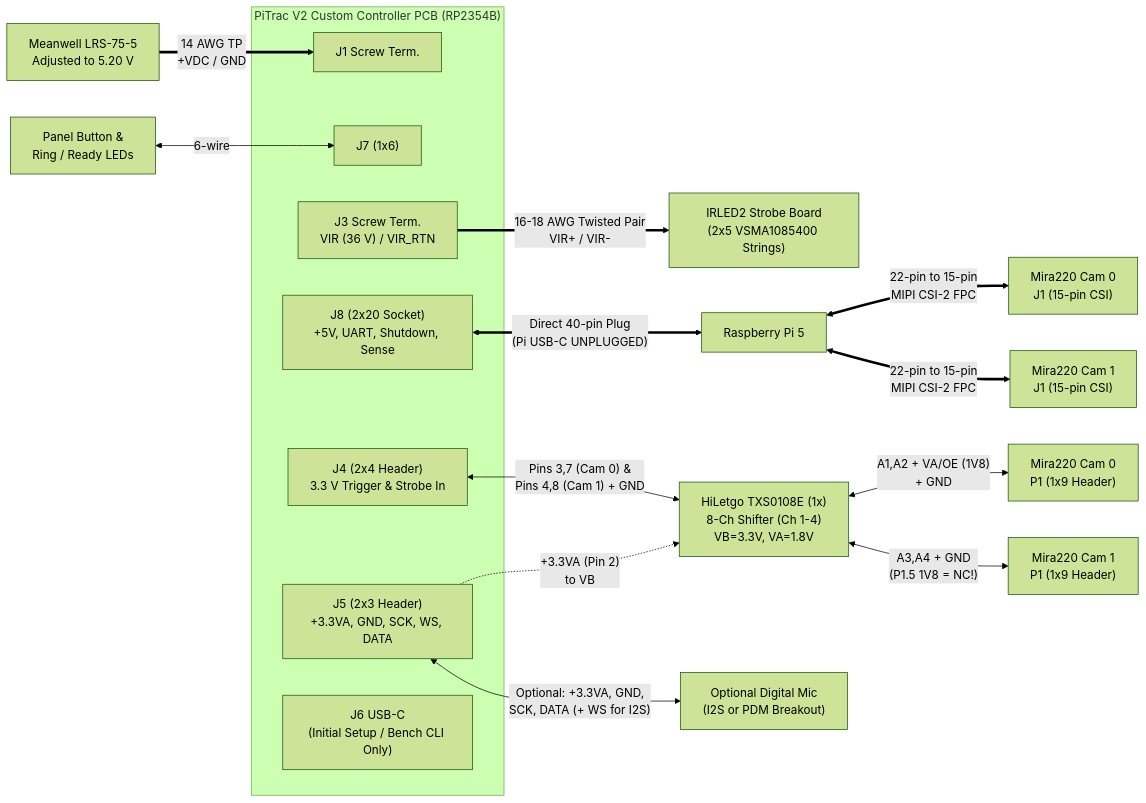
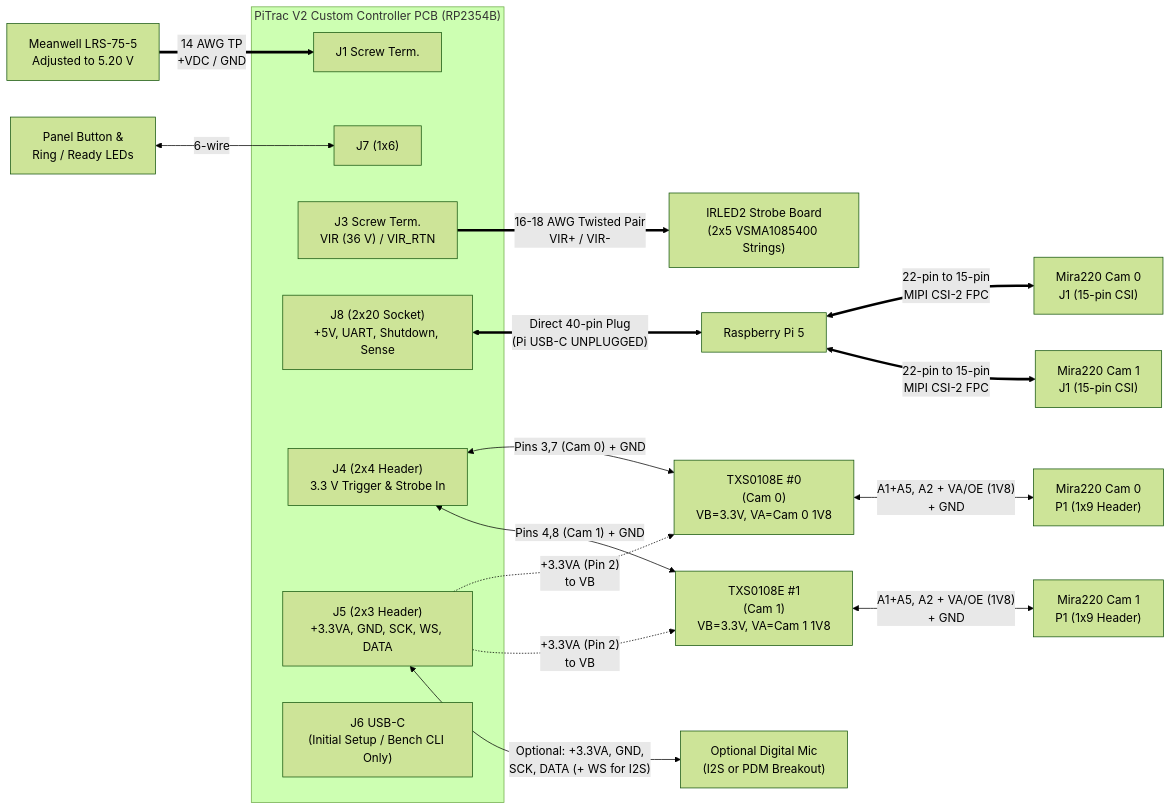
One commit to peteattayek/PiTrac_V2 changed the diagram in WIRING_DIAGRAM.md. Above: the diagram before and after it, drawn with Mermaid (forest theme). The commit also changed other lines of this file and 56 other files, not shown here.

````diff
--- a/WIRING_DIAGRAM.md
+++ b/WIRING_DIAGRAM.md
@@ -53,31 +53,33 @@
 ```mermaid
 flowchart LR
     PSU["Meanwell LRS-75-5<br/>Adjusted to 5.20 V"] ==>|"14 AWG TP<br/>+VDC / GND"| J1["J1 Screw Term."]
     BTN["Panel Button &<br/>Ring / Ready LEDs"] <-->|"6-wire"| J7["J7 (1x6)"]
 
     subgraph PCB["PiTrac V2 Custom Controller PCB (RP2354B)"]
         J1
         J7
         J3["J3 Screw Term.<br/>VIR (36 V) / VIR_RTN"]
         J8["J8 (2x20 Socket)<br/>+5V, UART, Shutdown, Sense"]
         J4["J4 (2x4 Header)<br/>3.3 V Trigger & Strobe In"]
         J5["J5 (2x3 Header)<br/>+3.3VA, GND, SCK, WS, DATA"]
         J6["J6 USB-C<br/>(Initial Setup / Bench CLI Only)"]
     end
 
     J3 ==>|"16-18 AWG Twisted Pair<br/>VIR+ / VIR-"| IRLED["IRLED2 Strobe Board<br/>(2x5 VSMA1085400 Strings)"]
 
     J8 <==>|"Direct 40-pin Plug<br/>(Pi USB-C UNPLUGGED)"| PI5["Raspberry Pi 5"]
 
     PI5 <==>|"22-pin to 15-pin<br/>MIPI CSI-2 FPC"| CAM0_CSI["Mira220 Cam 0<br/>J1 (15-pin CSI)"]
     PI5 <==>|"22-pin to 15-pin<br/>MIPI CSI-2 FPC"| CAM1_CSI["Mira220 Cam 1<br/>J1 (15-pin CSI)"]
 
-    J5 -.->|"+3.3VA (Pin 2)<br/>to VB"| LVL["HiLetgo TXS0108E (1x)<br/>8-Ch Shifter (Ch 1-4)<br/>VB=3.3V, VA=1.8V"]
+    J5 -.->|"+3.3VA (Pin 2)<br/>to VB"| LVL0["TXS0108E #0<br/>(Cam 0)<br/>VB=3.3V, VA=Cam 0 1V8"]
+    J5 -.->|"+3.3VA (Pin 2)<br/>to VB"| LVL1["TXS0108E #1<br/>(Cam 1)<br/>VB=3.3V, VA=Cam 1 1V8"]
 
-    J4 <-->|"Pins 3,7 (Cam 0) &<br/>Pins 4,8 (Cam 1) + GND"| LVL
+    J4 <-->|"Pins 3,7 (Cam 0) + GND"| LVL0
+    J4 <-->|"Pins 4,8 (Cam 1) + GND"| LVL1
 
-    LVL <-->|"A1,A2 + VA/OE (1V8)<br/>+ GND"| CAM0_P1["Mira220 Cam 0<br/>P1 (1x9 Header)"]
-    LVL <-->|"A3,A4 + GND<br/>(P1.5 1V8 = NC!)"| CAM1_P1["Mira220 Cam 1<br/>P1 (1x9 Header)"]
+    LVL0 <-->|"A1+A5, A2 + VA/OE (1V8)<br/>+ GND"| CAM0_P1["Mira220 Cam 0<br/>P1 (1x9 Header)"]
+    LVL1 <-->|"A1+A5, A2 + VA/OE (1V8)<br/>+ GND"| CAM1_P1["Mira220 Cam 1<br/>P1 (1x9 Header)"]
 
     J5 <-->|"Optional: +3.3VA, GND,<br/>SCK, DATA (+ WS for I2S)"| DMIC["Optional Digital Mic<br/>(I2S or PDM Breakout)"]
 ```
````
